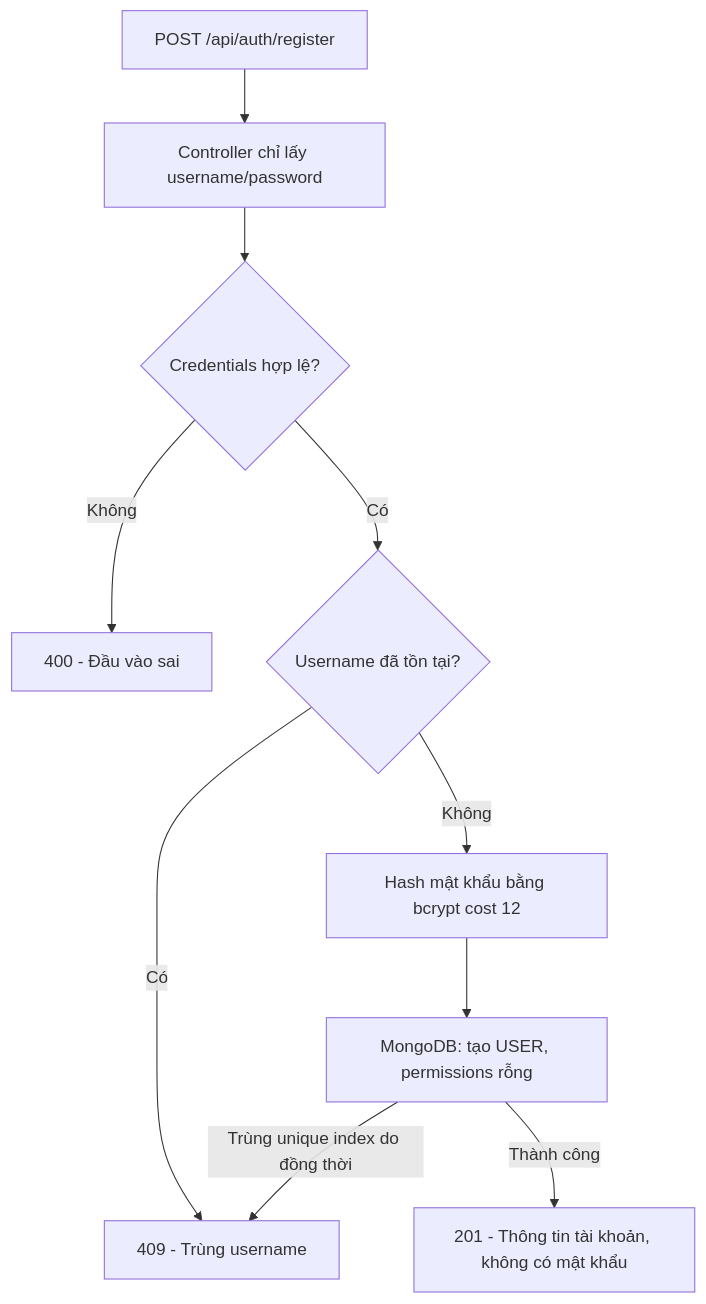
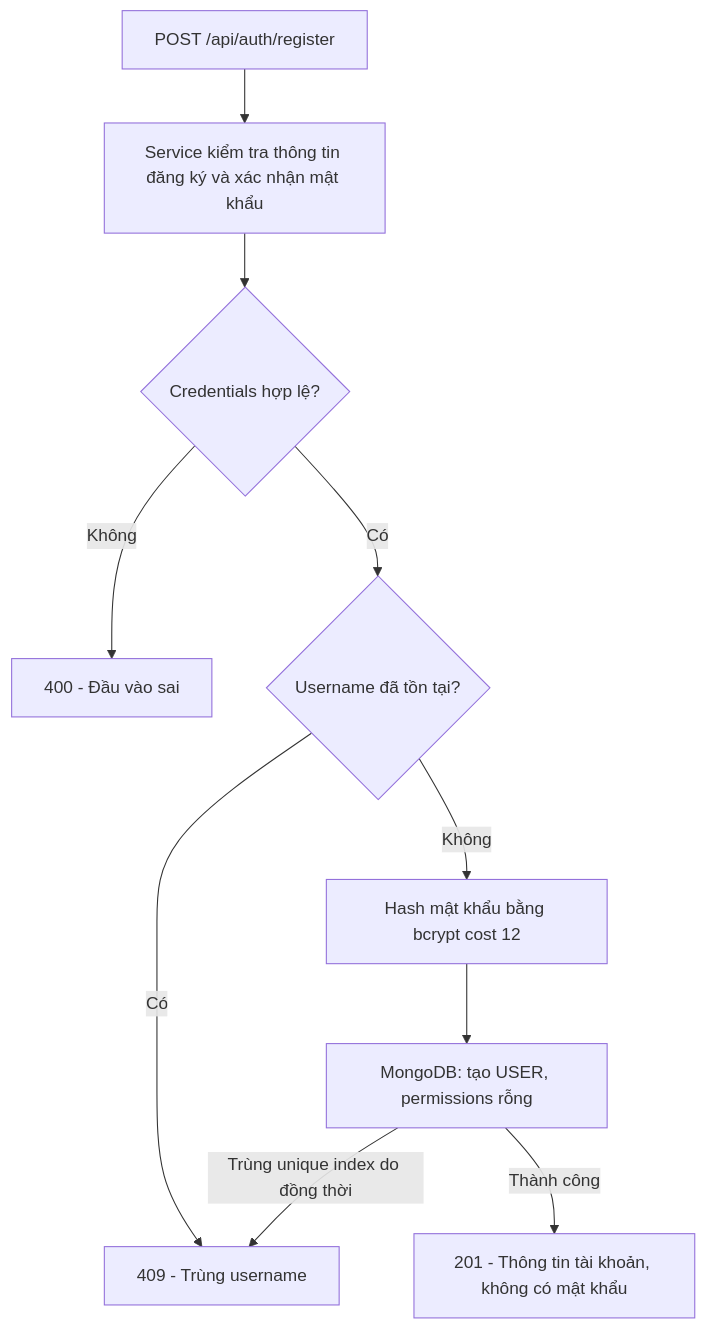
Before and after one commit to PeterKhang3012/Petcare-System: the first of 4 diagrams in Backend/auth-service/README.md, drawn with Mermaid. The commit also changed other lines of this file and 56 other files, not shown here.

````diff
--- a/Backend/auth-service/README.md
+++ b/Backend/auth-service/README.md
@@ -49,12 +49,12 @@
 ```mermaid
 flowchart TD
-    A["POST /api/auth/register"] --> B["Controller chỉ lấy username/password"]
+    A["POST /api/auth/register"] --> B["Service kiểm tra thông tin đăng ký và xác nhận mật khẩu"]
     B --> C{"Credentials hợp lệ?"}
     C -->|Không| E["400 - Đầu vào sai"]
     C -->|Có| D{"Username đã tồn tại?"}
     D -->|Có| F["409 - Trùng username"]
     D -->|Không| G["Hash mật khẩu bằng bcrypt cost 12"]
     G --> H["MongoDB: tạo USER, permissions rỗng"]
     H -->|Trùng unique index do đồng thời| F
     H -->|Thành công| I["201 - Thông tin tài khoản, không có mật khẩu"]
 ```
````
